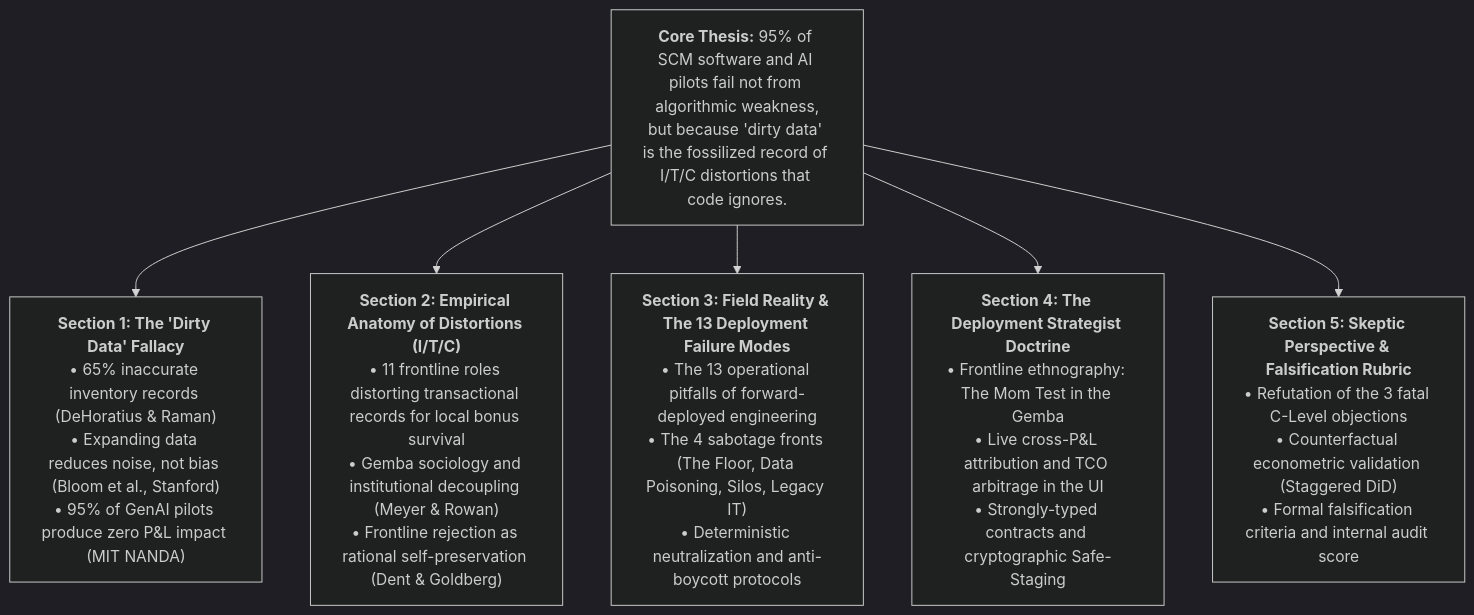
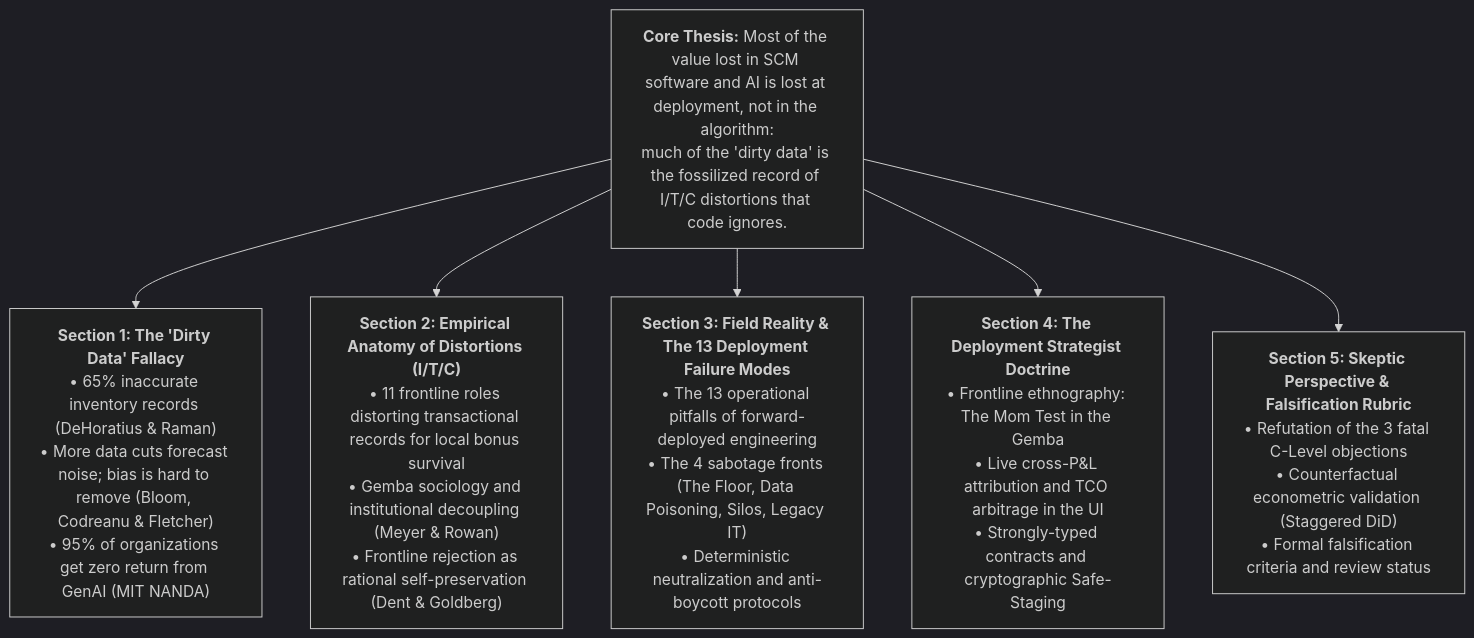
Before and after one commit to esstipi-debug/mellon: the first of 11 diagrams in DEPLOYMENT-STRATEGIST-WHITEPAPER-MASTER.md, drawn with Mermaid (dark theme). The commit also changed other lines of this file and 9 other files, not shown here.

````diff
--- a/DEPLOYMENT-STRATEGIST-WHITEPAPER-MASTER.md
+++ b/DEPLOYMENT-STRATEGIST-WHITEPAPER-MASTER.md
@@ -18,20 +18,20 @@
 ```mermaid
 flowchart TD
-    T0["<b>Core Thesis:</b> 95% of SCM software and AI pilots fail not from algorithmic weakness,<br/>but because 'dirty data' is the fossilized record of I/T/C distortions that code ignores."]
+    T0["<b>Core Thesis:</b> Most of the value lost in SCM software and AI is lost at deployment, not in the algorithm:<br/>much of the 'dirty data' is the fossilized record of I/T/C distortions that code ignores."]
     
-    T1["<b>Section 1: The 'Dirty Data' Fallacy</b><br/>• 65% inaccurate inventory records (DeHoratius & Raman)<br/>• Expanding data reduces noise, not bias (Bloom et al., Stanford)<br/>• 95% of GenAI pilots produce zero P&L impact (MIT NANDA)"]
+    T1["<b>Section 1: The 'Dirty Data' Fallacy</b><br/>• 65% inaccurate inventory records (DeHoratius & Raman)<br/>• More data cuts forecast noise; bias is hard to remove (Bloom, Codreanu & Fletcher)<br/>• 95% of organizations get zero return from GenAI (MIT NANDA)"]
     
     T2["<b>Section 2: Empirical Anatomy of Distortions (I/T/C)</b><br/>• 11 frontline roles distorting transactional records for local bonus survival<br/>• Gemba sociology and institutional decoupling (Meyer & Rowan)<br/>• Frontline rejection as rational self-preservation (Dent & Goldberg)"]
     
     T3["<b>Section 3: Field Reality & The 13 Deployment Failure Modes</b><br/>• The 13 operational pitfalls of forward-deployed engineering<br/>• The 4 sabotage fronts (The Floor, Data Poisoning, Silos, Legacy IT)<br/>• Deterministic neutralization and anti-boycott protocols"]
     
     T4["<b>Section 4: The Deployment Strategist Doctrine</b><br/>• Frontline ethnography: The Mom Test in the Gemba<br/>• Live cross-P&L attribution and TCO arbitrage in the UI<br/>• Strongly-typed contracts and cryptographic Safe-Staging"]
     
-    T5["<b>Section 5: Skeptic Perspective & Falsification Rubric</b><br/>• Refutation of the 3 fatal C-Level objections<br/>• Counterfactual econometric validation (Staggered DiD)<br/>• Formal falsification criteria and internal audit score"]
+    T5["<b>Section 5: Skeptic Perspective & Falsification Rubric</b><br/>• Refutation of the 3 fatal C-Level objections<br/>• Counterfactual econometric validation (Staggered DiD)<br/>• Formal falsification criteria and review status"]
 
     T0 --> T1
     T0 --> T2
     T0 --> T3
     T0 --> T4
     T0 --> T5
 ```
````
